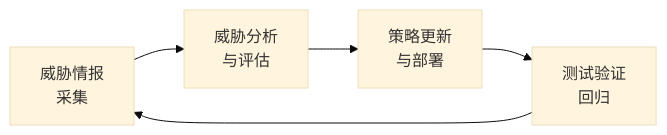
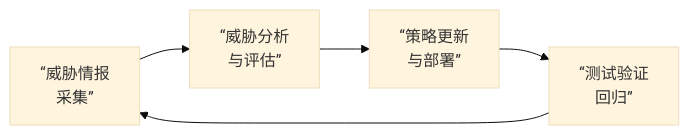
The fifth of 5 diagrams in 11_governance/11.3_emerging_threats.md (yeasy/ai_security_guide), drawn with Mermaid (base theme) before and after one commit. The commit also changed other lines of this file, not shown here.

````diff
--- a/11_governance/11.3_emerging_threats.md
+++ b/11_governance/11.3_emerging_threats.md
@@ -223,7 +322,7 @@
 ```mermaid
 flowchart LR
-    A["威胁情报<br/>采集"] --> B["威胁分析<br/>与评估"]
-    B --> C["策略更新<br/>与部署"]
-    C --> D["测试验证<br/>回归"]
+    A[“威胁情报<br/>采集”] --> B[“威胁分析<br/>与评估”]
+    B --> C[“策略更新<br/>与部署”]
+    C --> D[“测试验证<br/>回归”]
     D --> A
 ```
````
